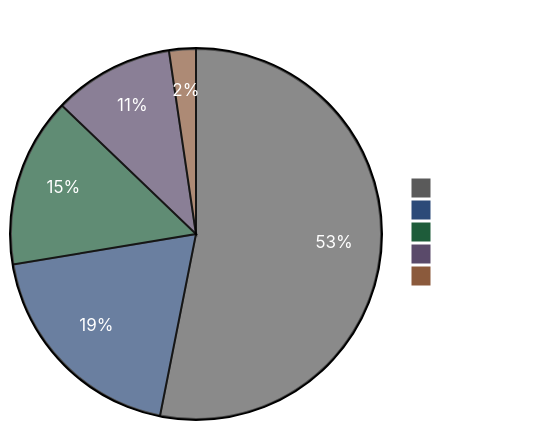
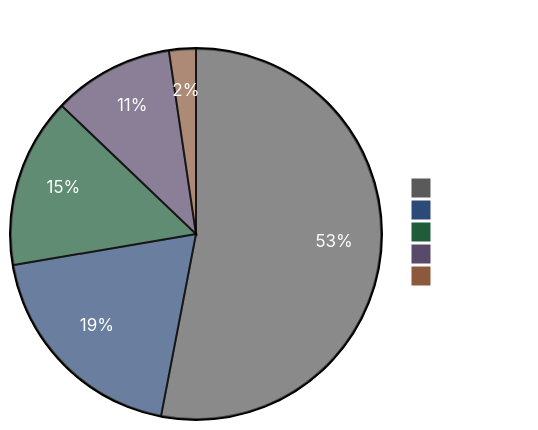
Before and after one commit to ShawnBIT/reco-arxiv-daily: the diagram in README.md, drawn with Mermaid. The commit also changed other lines of this file and 4 other files, not shown here.

````diff
--- a/README.md
+++ b/README.md
@@ -6,19 +6,19 @@
 ```mermaid
 %%{init: {'theme':'base', 'themeVariables': {
   'pie1':'#5a5a5a',
   'pie2':'#2c4a78',
   'pie3':'#1e5c3a',
   'pie4':'#5a4a6a',
   'pie5':'#8b5a3c',
   'pieTitleTextColor':'#ffffff',
   'pieSectionTextColor':'#ffffff',
   'pieLegendTextColor':'#ffffff'
 }}}%%
 pie showData
 title Paper Distribution by Tag
-  "Other" : 273
+  "Other" : 272
   "LLM" : 99
   "GR" : 76
   "Seq" : 54
   "Scaling" : 12
 ```
````
